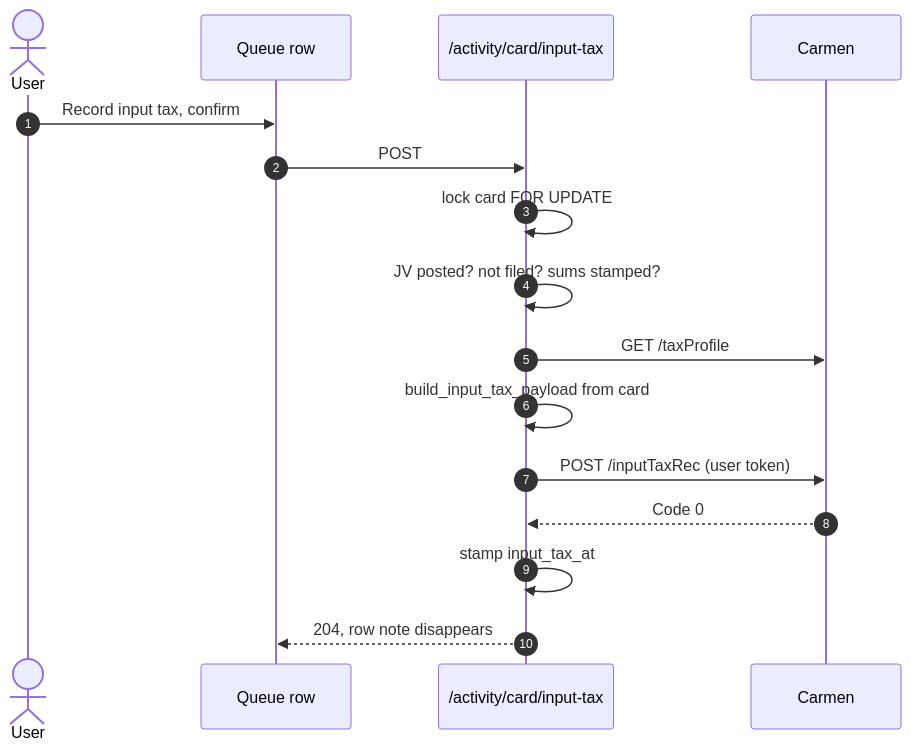
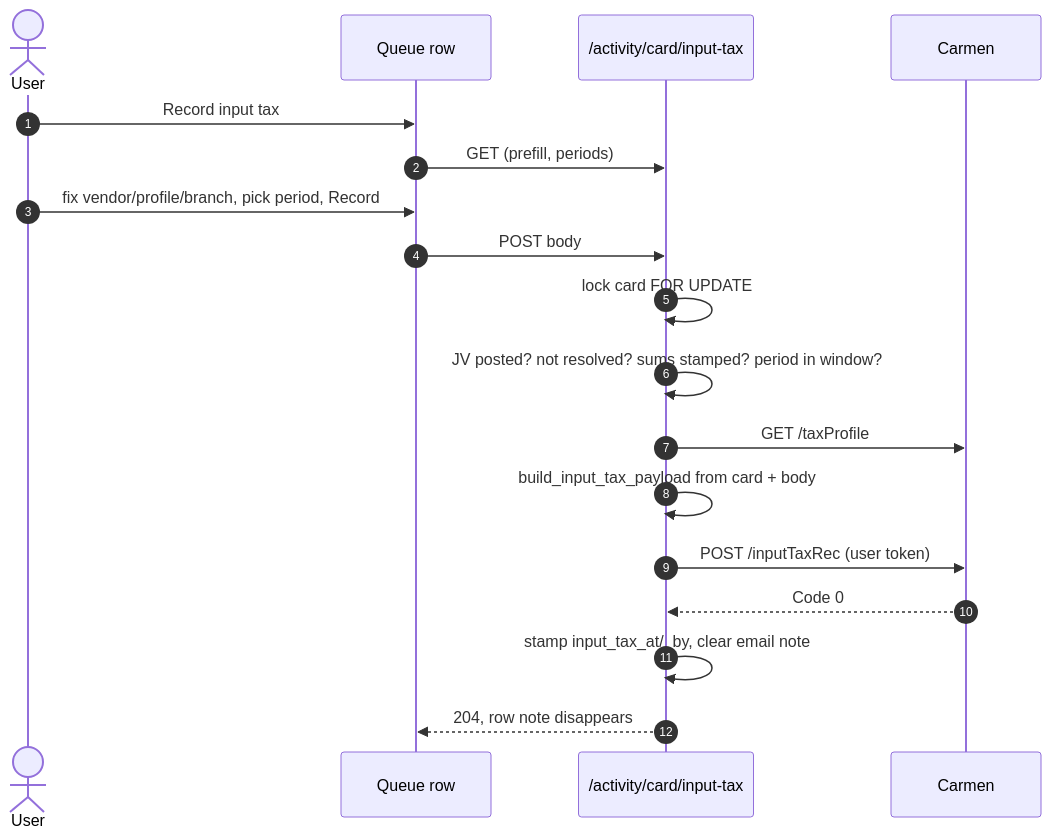
Before and after one commit to developer-carmensoftware/OCR: the sixth of 6 diagrams in docs/frd/FRD-09-input-tax-reconciliation.md, drawn with Mermaid. The commit also changed other lines of this file and 4 other files, not shown here.

Commit message:
docs: CA-111 late input tax — decision #48, FRD-09 v1.1, FRD-12 v1.3, changelog

````diff
--- a/docs/frd/FRD-09-input-tax-reconciliation.md
+++ b/docs/frd/FRD-09-input-tax-reconciliation.md
@@ -284,18 +316,20 @@
 ```mermaid 8.4 | Built from what was stamped with the JV, not from a browser
 sequenceDiagram
     autonumber
     actor U as User
     participant Q as Queue row
     participant API as /activity/card/input-tax
     participant C as Carmen
-    U->>Q: Record input tax, confirm
-    Q->>API: POST
+    U->>Q: Record input tax
+    Q->>API: GET (prefill, periods)
+    U->>Q: fix vendor/profile/branch, pick period, Record
+    Q->>API: POST body
     API->>API: lock card FOR UPDATE
-    API->>API: JV posted? not filed? sums stamped?
+    API->>API: JV posted? not resolved? sums stamped? period in window?
     API->>C: GET /taxProfile
-    API->>API: build_input_tax_payload from card
+    API->>API: build_input_tax_payload from card + body
     API->>C: POST /inputTaxRec (user token)
     C-->>API: Code 0
-    API->>API: stamp input_tax_at
+    API->>API: stamp input_tax_at/_by, clear email note
     API-->>Q: 204, row note disappears
 ```
````
